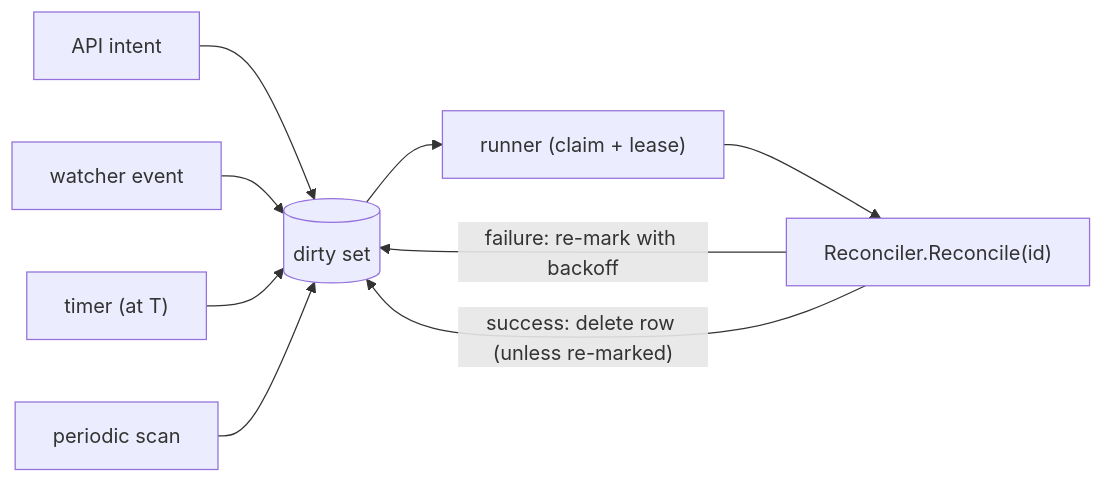
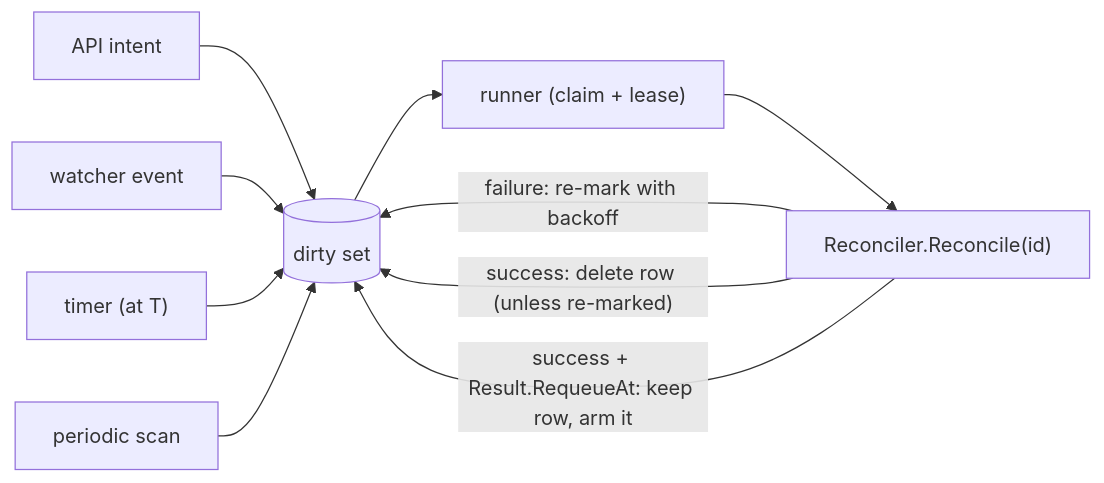
One commit to discobox-ai/discobox changed the first of 2 diagrams in server/internal/reconcile/DESIGN.md. Above: the diagram before and after it, drawn with Mermaid. The commit also changed other lines of this file and 22 other files, not shown here.

````diff
--- a/server/internal/reconcile/DESIGN.md
+++ b/server/internal/reconcile/DESIGN.md
@@ -9,11 +9,12 @@
 ```mermaid
 flowchart LR
     api[API intent] --> dirty[(dirty set)]
     watcher[watcher event] --> dirty
     timer["timer (at T)"] --> dirty
     scan[periodic scan] --> dirty
     dirty --> runner["runner (claim + lease)"]
     runner --> reconciler["Reconciler.Reconcile(id)"]
     reconciler -- "failure: re-mark with backoff" --> dirty
     reconciler -- "success: delete row (unless re-marked)" --> dirty
+    reconciler -- "success + Result.RequeueAt: keep row, arm it" --> dirty
 ```
````
